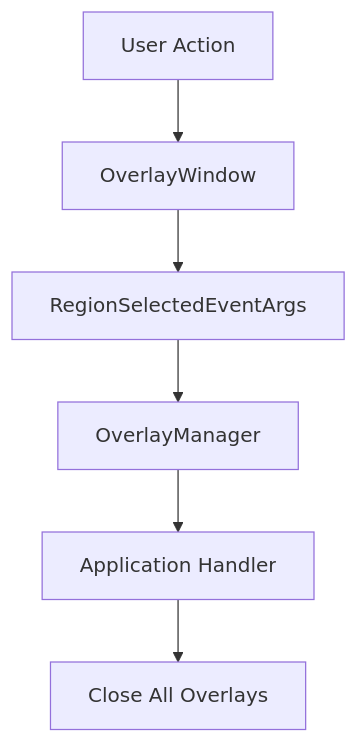
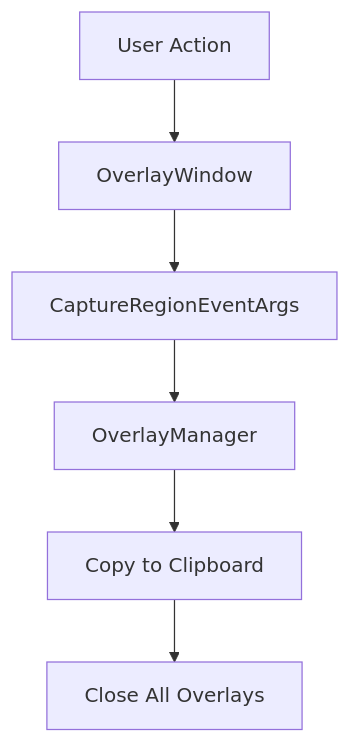
The third of 3 diagrams in docs/overlay-system-architecture.md (AGIBuild/AGI.Kapster), drawn with Mermaid before and after one commit. The commit also changed other lines of this file and 11 other files, not shown here.

````diff
--- a/docs/overlay-system-architecture.md
+++ b/docs/overlay-system-architecture.md
@@ -101,8 +107,8 @@
 ```mermaid
 graph TD
     A[User Action] --> B[OverlayWindow]
-    B --> C[RegionSelectedEventArgs]
+    B --> C[CaptureRegionEventArgs]
     C --> D[OverlayManager]
-    D --> E[Application Handler]
+    D --> E[Copy to Clipboard]
     E --> F[Close All Overlays]
 ```
````
